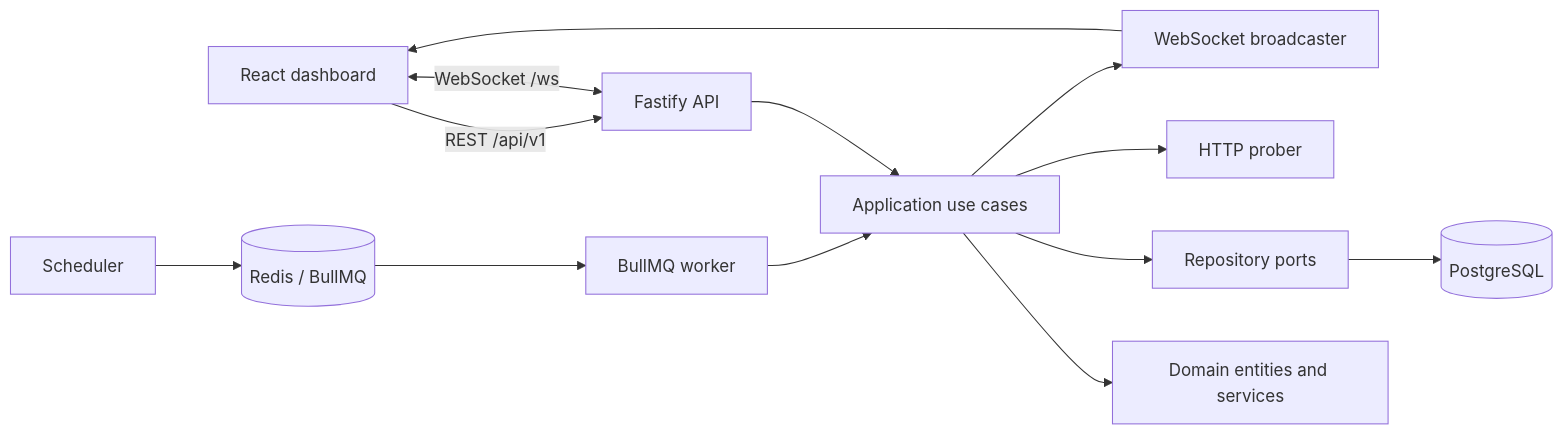
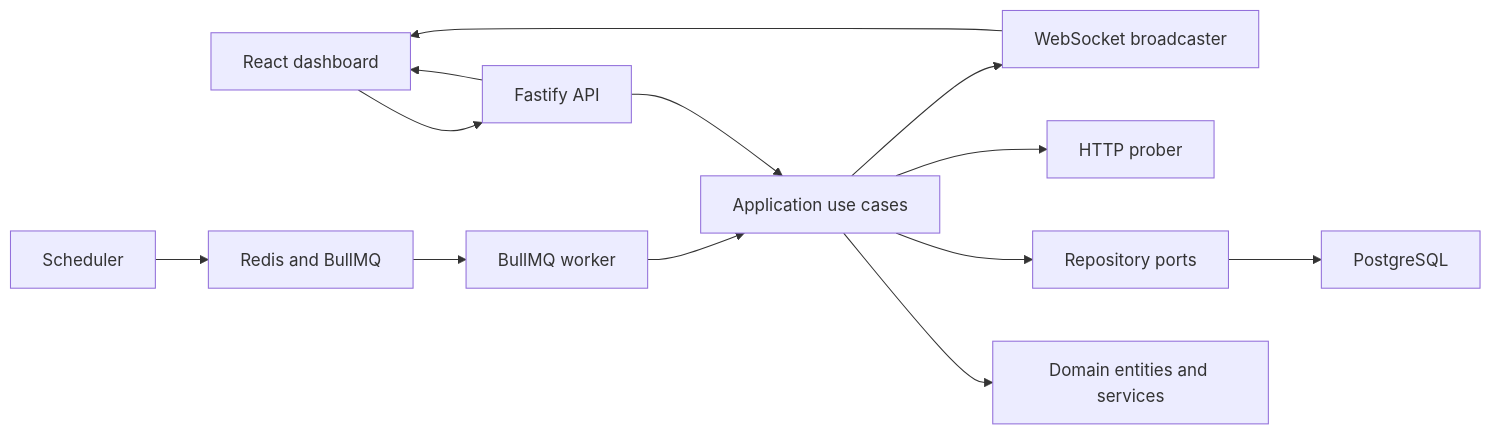
One commit to ThQMS/Devpulse changed the first of 3 diagrams in README.md. Above: the diagram before and after it, drawn with Mermaid. The commit also changed other lines of this file, not shown here.

Commit message:
docs: simplify readme diagrams

````diff
--- a/README.md
+++ b/README.md
@@ -24,15 +24,27 @@
 ```mermaid
-flowchart LR
-  Browser[React dashboard] -->|REST /api/v1| API[Fastify API]
-  Browser <-->|WebSocket /ws| API
-  API --> App[Application use cases]
-  Worker[BullMQ worker] --> App
-  Scheduler[Scheduler] --> Queue[(Redis / BullMQ)]
+graph LR
+  Browser[React dashboard]
+  Api[Fastify API]
+  App[Application use cases]
+  Domain[Domain entities and services]
+  Worker[BullMQ worker]
+  Scheduler[Scheduler]
+  Queue[Redis and BullMQ]
+  Repos[Repository ports]
+  Postgres[PostgreSQL]
+  Prober[HTTP prober]
+  Broadcaster[WebSocket broadcaster]
+
+  Browser --> Api
+  Api --> Browser
+  Api --> App
+  Scheduler --> Queue
   Queue --> Worker
-  App --> Domain[Domain entities and services]
-  App --> Repos[Repository ports]
-  Repos --> Postgres[(PostgreSQL)]
-  App --> Prober[HTTP prober]
-  App --> Broadcaster[WebSocket broadcaster]
+  Worker --> App
+  App --> Domain
+  App --> Repos
+  Repos --> Postgres
+  App --> Prober
+  App --> Broadcaster
   Broadcaster --> Browser
 ```
````
